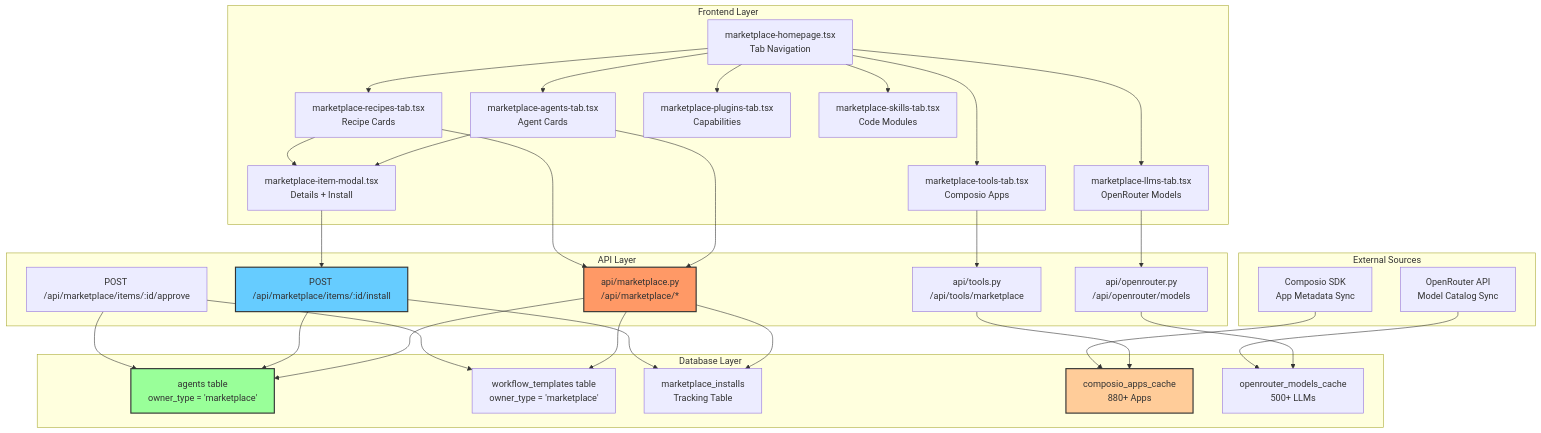
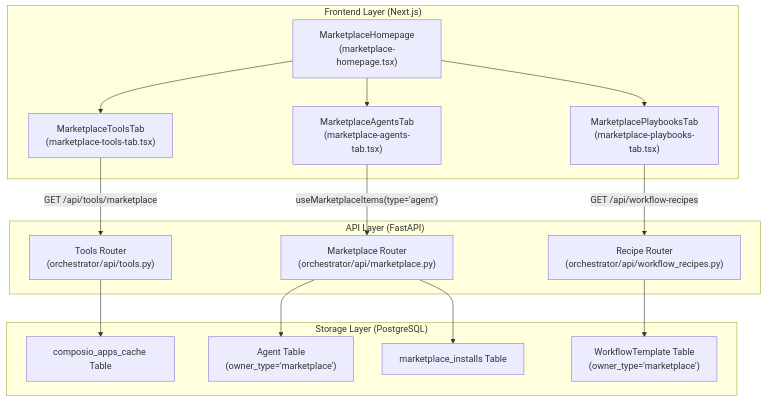
The first of 2 diagrams in docs/community-marketplace/marketplace-overview.md (AutomatosAI/automatos-ai), drawn with Mermaid before and after one commit. The commit also changed other lines of this file and 149 other files, not shown here.

Commit message:
docs: refresh documentation with graphify semantic scan

````diff
--- a/docs/community-marketplace/marketplace-overview.md
+++ b/docs/community-marketplace/marketplace-overview.md
@@ -36,69 +45,32 @@
 ```mermaid
 graph TB
-    subgraph "Frontend Layer"
-        MarketplaceHomepage["marketplace-homepage.tsx<br/>Tab Navigation"]
-        ToolsTab["marketplace-tools-tab.tsx<br/>Composio Apps"]
-        AgentsTab["marketplace-agents-tab.tsx<br/>Agent Cards"]
-        RecipesTab["marketplace-recipes-tab.tsx<br/>Recipe Cards"]
-        LlmsTab["marketplace-llms-tab.tsx<br/>OpenRouter Models"]
-        PluginsTab["marketplace-plugins-tab.tsx<br/>Capabilities"]
-        SkillsTab["marketplace-skills-tab.tsx<br/>Code Modules"]
-        ItemModal["marketplace-item-modal.tsx<br/>Details + Install"]
+    subgraph "Frontend Layer (Next.js)"
+        MP_Home["MarketplaceHomepage<br/>(marketplace-homepage.tsx)"]
+        Tab_Tools["MarketplaceToolsTab<br/>(marketplace-tools-tab.tsx)"]
+        Tab_Agents["MarketplaceAgentsTab<br/>(marketplace-agents-tab.tsx)"]
+        Tab_Recipes["MarketplacePlaybooksTab<br/>(marketplace-playbooks-tab.tsx)"]
     end
     
-    subgraph "API Layer"
-        MarketplaceAPI["api/marketplace.py<br/>/api/marketplace/*"]
-        ToolsAPI["api/tools.py<br/>/api/tools/marketplace"]
-        OpenRouterAPI["api/openrouter.py<br/>/api/openrouter/models"]
-        InstallEndpoint["POST /api/marketplace/items/:id/install"]
-        ApproveEndpoint["POST /api/marketplace/items/:id/approve"]
+    subgraph "API Layer (FastAPI)"
+        Router_MP["Marketplace Router<br/>(orchestrator/api/marketplace.py)"]
+        Router_Tools["Tools Router<br/>(orchestrator/api/tools.py)"]
+        Router_Recipe["Recipe Router<br/>(orchestrator/api/workflow_recipes.py)"]
     end
     
-    subgraph "Database Layer"
-        AgentsTable["agents table<br/>owner_type = 'marketplace'"]
-        RecipesTable["workflow_templates table<br/>owner_type = 'marketplace'"]
-        InstallsTable["marketplace_installs<br/>Tracking Table"]
-        ComposioCache["composio_apps_cache<br/>880+ Apps"]
-        OpenRouterCache["openrouter_models_cache<br/>500+ LLMs"]
+    subgraph "Storage Layer (PostgreSQL)"
+        Table_Agents["Agent Table<br/>(owner_type='marketplace')"]
+        Table_Recipes["WorkflowTemplate Table<br/>(owner_type='marketplace')"]
+        Table_Tools_Cache["composio_apps_cache Table"]
+        Table_Installs["marketplace_installs Table"]
     end
+
+    MP_Home --> Tab_Tools & Tab_Agents & Tab_Recipes
     
-    subgraph "External Sources"
-        ComposioSDK["Composio SDK<br/>App Metadata Sync"]
-        OpenRouterSDK["OpenRouter API<br/>Model Catalog Sync"]
-    end
+    Tab_Agents -- "useMarketplaceItems(type='agent')" --> Router_MP
+    Tab_Recipes -- "GET /api/workflow-recipes" --> Router_Recipe
+    Tab_Tools -- "GET /api/tools/marketplace" --> Router_Tools
     
-    MarketplaceHomepage --> ToolsTab
-    MarketplaceHomepage --> AgentsTab
-    MarketplaceHomepage --> RecipesTab
-    MarketplaceHomepage --> LlmsTab
-    MarketplaceHomepage --> PluginsTab
-    MarketplaceHomepage --> SkillsTab
-    
-    ToolsTab --> ToolsAPI
-    AgentsTab --> MarketplaceAPI
-    RecipesTab --> MarketplaceAPI
-    LlmsTab --> OpenRouterAPI
-    
-    AgentsTab --> ItemModal
-    RecipesTab --> ItemModal
-    ItemModal --> InstallEndpoint
-    
-    MarketplaceAPI --> AgentsTable
-    MarketplaceAPI --> RecipesTable
-    MarketplaceAPI --> InstallsTable
-    ToolsAPI --> ComposioCache
-    OpenRouterAPI --> OpenRouterCache
-    
-    InstallEndpoint --> AgentsTable
-    InstallEndpoint --> InstallsTable
-    ApproveEndpoint --> AgentsTable
-    ApproveEndpoint --> RecipesTable
-    
-    ComposioSDK --> ComposioCache
-    OpenRouterSDK --> OpenRouterCache
-    
-    style MarketplaceAPI fill:#ff9966,stroke:#333,stroke-width:2px
-    style InstallEndpoint fill:#66ccff,stroke:#333,stroke-width:2px
-    style AgentsTable fill:#99ff99,stroke:#333,stroke-width:2px
-    style ComposioCache fill:#ffcc99,stroke:#333,stroke-width:2px
+    Router_MP --> Table_Agents & Table_Installs
+    Router_Recipe --> Table_Recipes
+    Router_Tools --> Table_Tools_Cache
 ```
````
